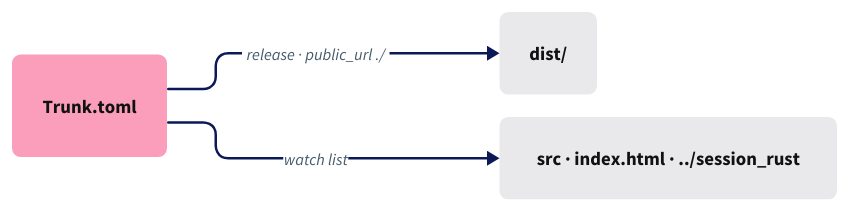
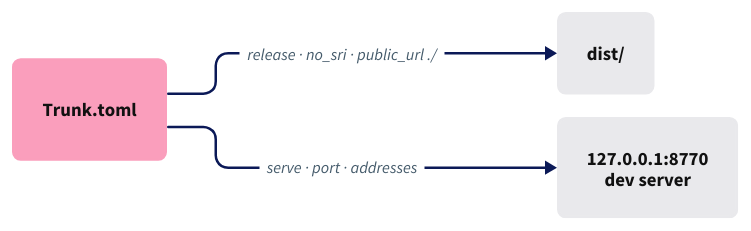
Before and after one commit to petrasvestartas/session: the diagram in session_viewer/docs/diagrams/00-03.d2, drawn with D2. The commit also changed 47 other files, not shown here.

```diff
--- a/session_viewer/docs/diagrams/00-03.d2
+++ b/session_viewer/docs/diagrams/00-03.d2
@@ -1,14 +1,14 @@
 vars: { d2-config: { layout-engine: elk; pad: 20; theme-id: 0 } }
 style: { fill: "#ffffff" }
 classes: {
   box:   { style: { fill: "#e9e9ec"; stroke: "#e9e9ec"; border-radius: 6; font-size: 15; font-color: "#111111" } }
   focus: { style: { fill: "#fa9ebc"; stroke: "#fa9ebc"; border-radius: 6; font-size: 15; font-color: "#111111" } }
 }
 direction: right
 
 T: "Trunk.toml" { class: focus }
 D: "dist/" { class: box }
-S: "src · index.html · ../session_rust" { class: box }
+S: "127.0.0.1:8770\ndev server" { class: box }
 
-T -> D: "release · public_url ./" { style: { stroke: "#0b1957"; stroke-width: 2; font-size: 13; font-color: "#455b6b" } }
-T -> S: "watch list" { style: { stroke: "#0b1957"; stroke-width: 2; font-size: 13; font-color: "#455b6b" } }
+T -> D: "release · no_sri · public_url ./" { style: { stroke: "#0b1957"; stroke-width: 2; font-size: 13; font-color: "#455b6b" } }
+T -> S: "serve · port · addresses" { style: { stroke: "#0b1957"; stroke-width: 2; font-size: 13; font-color: "#455b6b" } }
```
